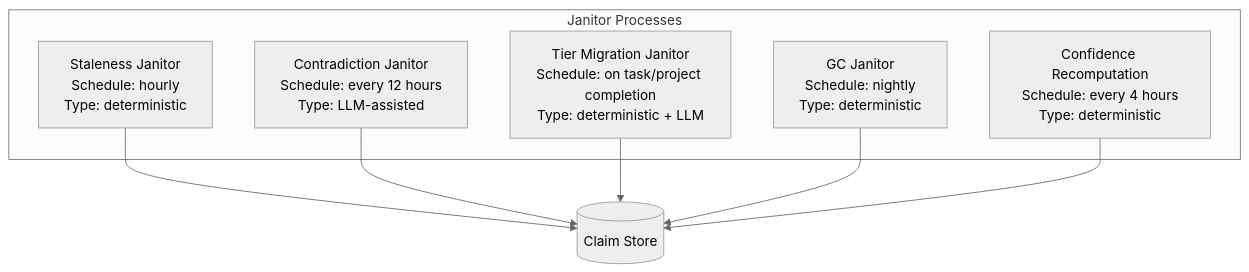
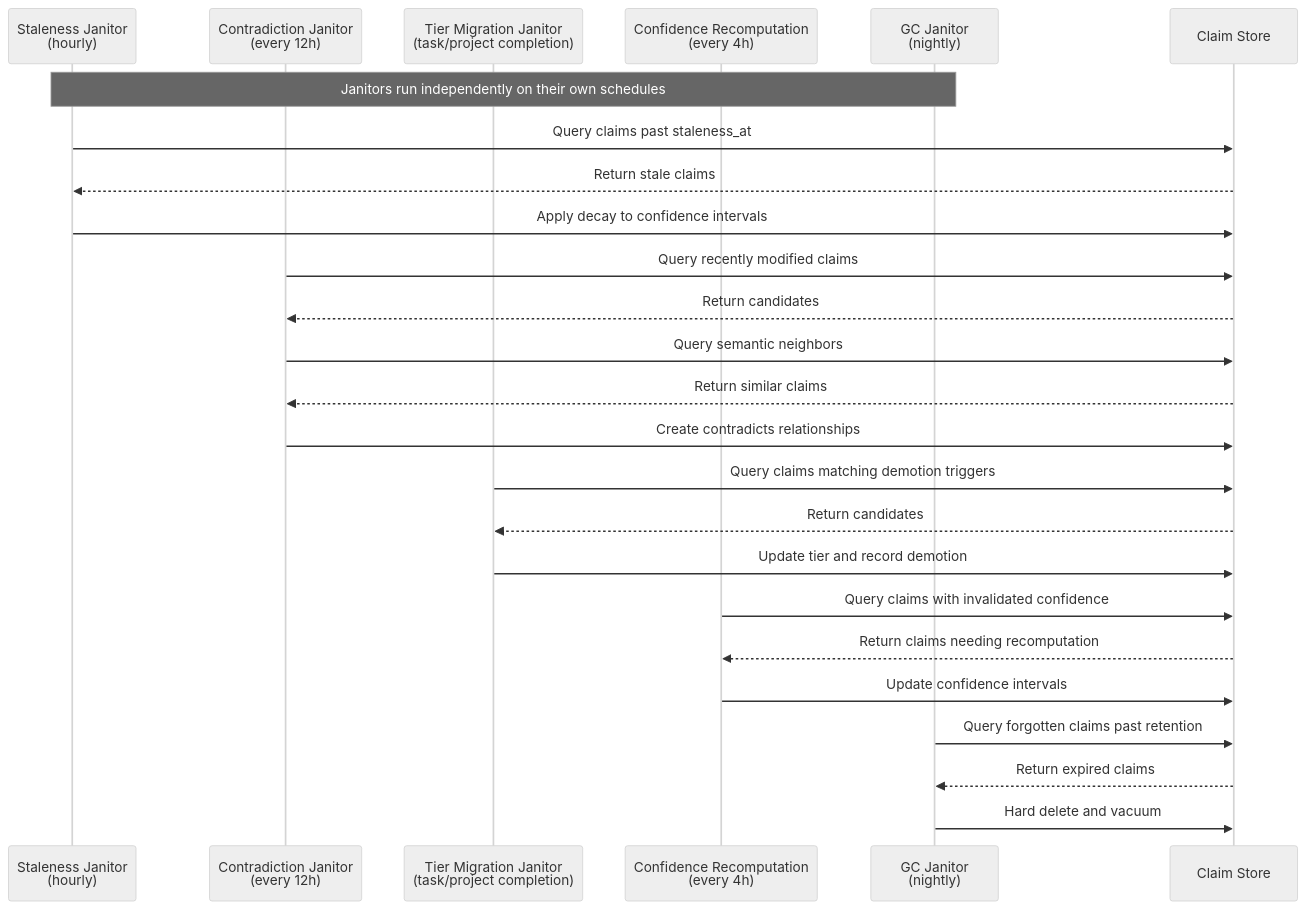
The diagram in docs/architecture/07-janitor.md (JDRay42/Boswell), drawn with Mermaid (neutral theme) before and after one commit. The commit also changed 9 other files, not shown here.

First line of the commit message:
docs(arch): align subsystem docs with Router and token architecture changes

````diff
--- a/docs/architecture/07-janitor.md
+++ b/docs/architecture/07-janitor.md
@@ -16,18 +16,33 @@
 ```mermaid
-graph TB
-    subgraph Janitors["Janitor Processes"]
-        SJ["Staleness Janitor<br/>Schedule: hourly<br/>Type: deterministic"]
-        CJ["Contradiction Janitor<br/>Schedule: every 12 hours<br/>Type: LLM-assisted"]
-        TJ["Tier Migration Janitor<br/>Schedule: on task/project completion<br/>Type: deterministic + LLM"]
-        GC["GC Janitor<br/>Schedule: nightly<br/>Type: deterministic"]
-        CR["Confidence Recomputation<br/>Schedule: every 4 hours<br/>Type: deterministic"]
-    end
+sequenceDiagram
+    participant SJ as Staleness Janitor<br/>(hourly)
+    participant CJ as Contradiction Janitor<br/>(every 12h)
+    participant TJ as Tier Migration Janitor<br/>(task/project completion)
+    participant CR as Confidence Recomputation<br/>(every 4h)
+    participant GC as GC Janitor<br/>(nightly)
+    participant CS as Claim Store
 
-    CS[(Claim Store)]
-
-    SJ --> CS
-    CJ --> CS
-    TJ --> CS
-    GC --> CS
-    CR --> CS
+    Note over SJ,GC: Janitors run independently on their own schedules
+    
+    SJ->>CS: Query claims past staleness_at
+    CS-->>SJ: Return stale claims
+    SJ->>CS: Apply decay to confidence intervals
+    
+    CJ->>CS: Query recently modified claims
+    CS-->>CJ: Return candidates
+    CJ->>CS: Query semantic neighbors
+    CS-->>CJ: Return similar claims
+    CJ->>CS: Create contradicts relationships
+    
+    TJ->>CS: Query claims matching demotion triggers
+    CS-->>TJ: Return candidates
+    TJ->>CS: Update tier and record demotion
+    
+    CR->>CS: Query claims with invalidated confidence
+    CS-->>CR: Return claims needing recomputation
+    CR->>CS: Update confidence intervals
+    
+    GC->>CS: Query forgotten claims past retention
+    CS-->>GC: Return expired claims
+    GC->>CS: Hard delete and vacuum
 ```
````
